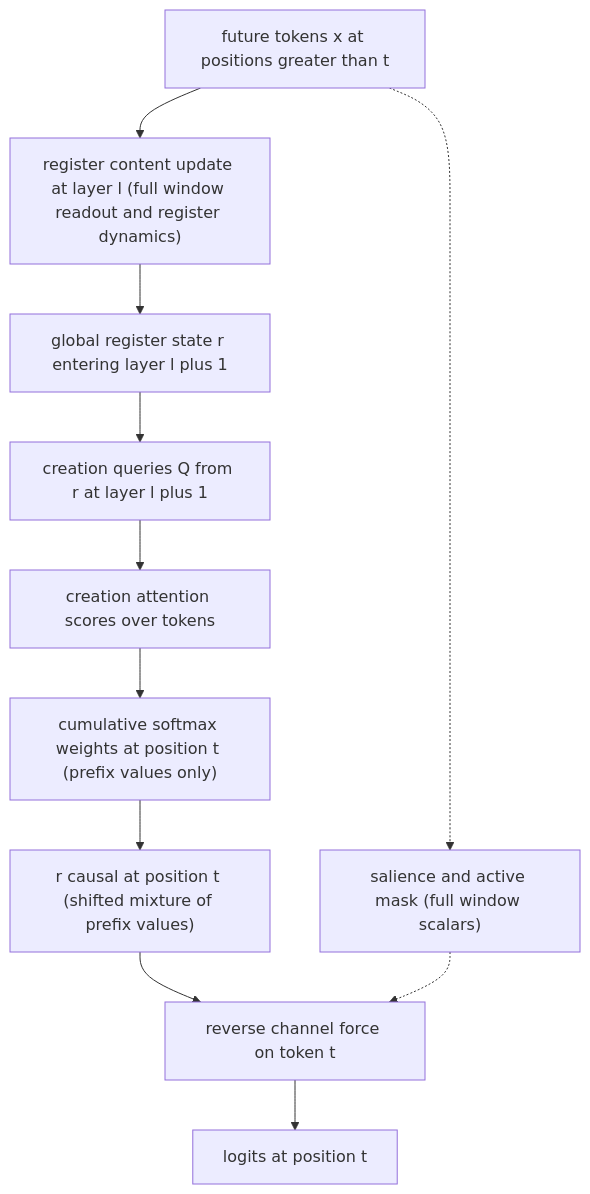
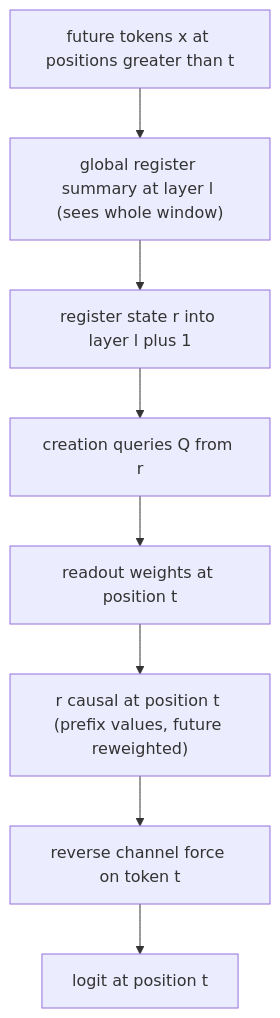
Before and after one commit to dimitarpg13/semsimula-paper: the third of 5 diagrams in companion_notes/Fock-PARFLM_Causal_Leak_Audit_Results.md, drawn with Mermaid. The commit also changed other lines of this file and 4 other files, not shown here.

````diff
--- a/companion_notes/Fock-PARFLM_Causal_Leak_Audit_Results.md
+++ b/companion_notes/Fock-PARFLM_Causal_Leak_Audit_Results.md
@@ -276,24 +183,19 @@
 ```mermaid
 flowchart TB
     Future["future tokens x at positions greater than t"]
-    RNew["register content update at layer l (full window readout and register dynamics)"]
-    RState["global register state r entering layer l plus 1"]
-    Query["creation queries Q from r at layer l plus 1"]
-    Scores["creation attention scores over tokens"]
-    Weights["cumulative softmax weights at position t (prefix values only)"]
-    RCausalT["r causal at position t (shifted mixture of prefix values)"]
+    Summary["global register summary at layer l (sees whole window)"]
+    RState["register state r into layer l plus 1"]
+    Query["creation queries Q from r"]
+    Weights["readout weights at position t"]
+    RCausalT["r causal at position t (prefix values, future reweighted)"]
     Force["reverse channel force on token t"]
-    Logit["logits at position t"]
-    SalPath["salience and active mask (full window scalars)"]
+    Logit["logit at position t"]
 
-    Future --> RNew
-    RNew --> RState
+    Future --> Summary
+    Summary --> RState
     RState --> Query
-    Query --> Scores
-    Scores --> Weights
+    Query --> Weights
     Weights --> RCausalT
     RCausalT --> Force
     Force --> Logit
-    Future -.-> SalPath
-    SalPath -.-> Force
 ```
````
